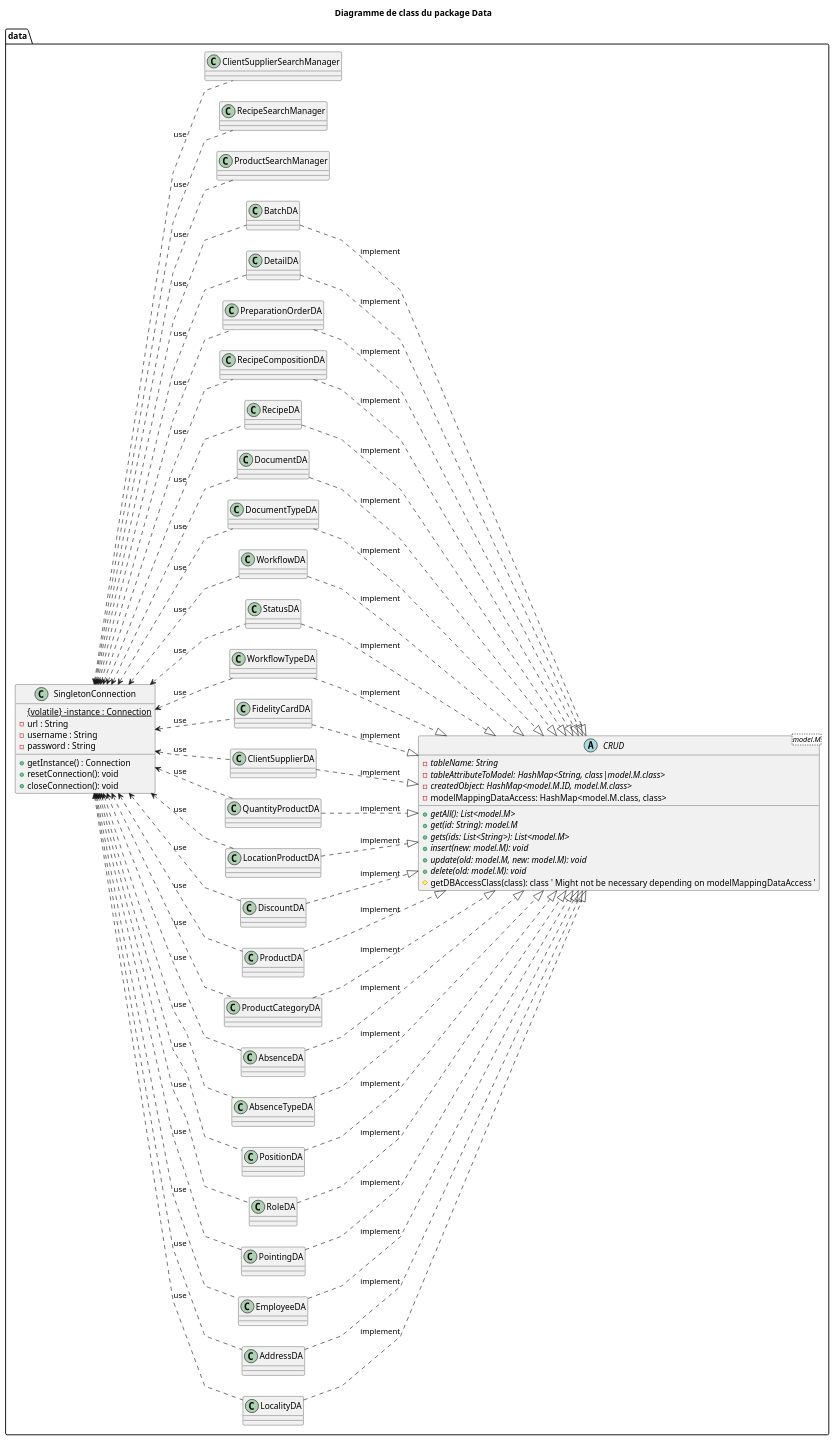
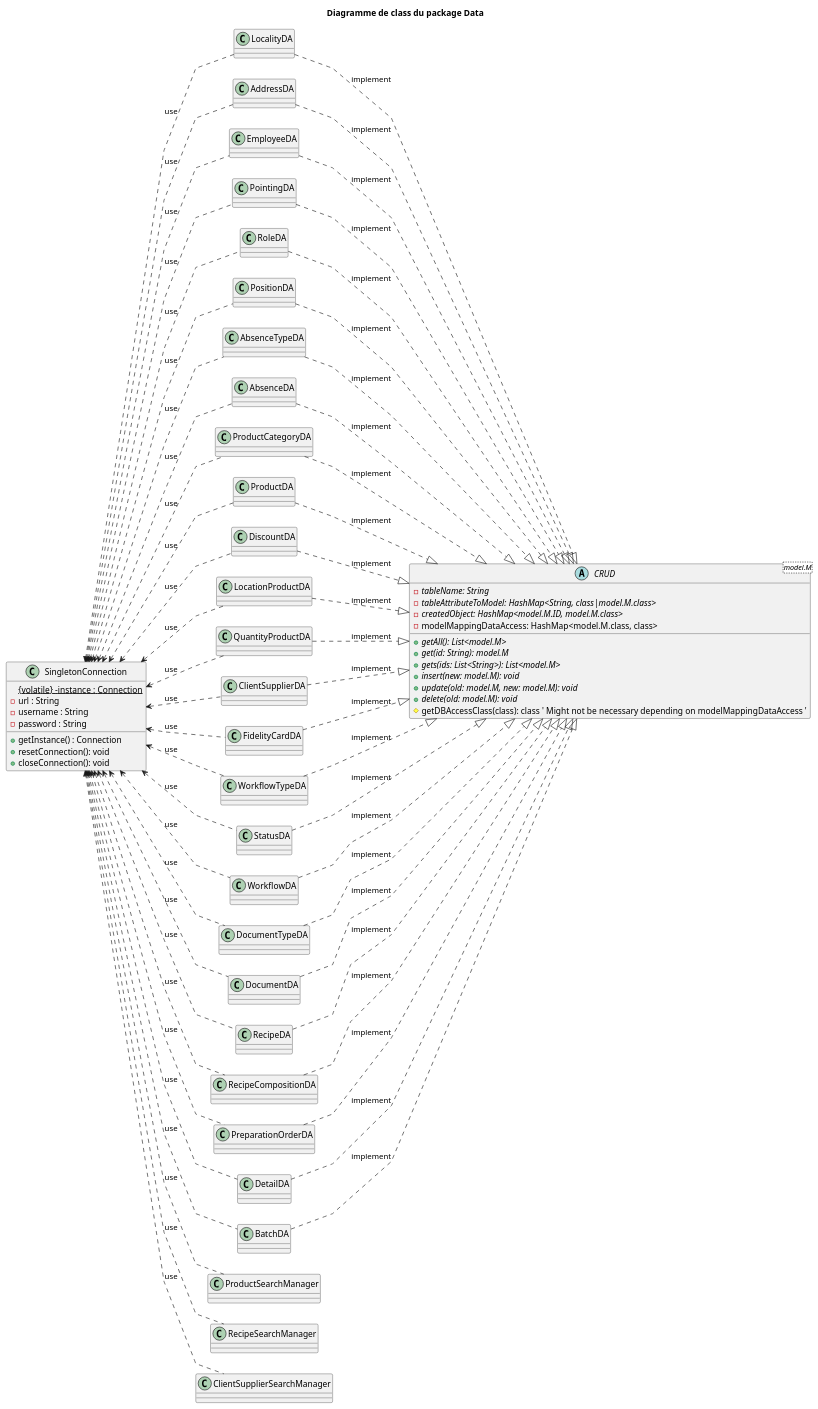
One commit to YannisVanAchter/IG252-java-project changed the diagram in doc/data.class.puml. Above: the diagram before and after it, drawn with PlantUML. The commit also changed 12 other files, not shown here.

```diff
--- a/doc/data.class.puml
+++ b/doc/data.class.puml
@@ -1,168 +1,167 @@
 @startuml "data class diagram"
 
 title "Diagramme de class du package Data"
 
 left to right direction
 skinparam linetype ortho
 skinparam linetype polyline
 
 ' TODO: finish diagram before implementing this layer (deadline: may 15th 2026)
-package data {
 
-    class SingletonConnection {
-        {static} {volatile} -instance : Connection
-        -url : String
-        -username : String
-        -password : String
-        +getInstance() : Connection
-        +resetConnection(): void
-        +closeConnection(): void
-    }
-
-    abstract class CRUD<model.M> {
-        {abstract} - tableName: String
-        {abstract} - tableAttributeToModel: HashMap<String, class|model.M.class>
-        {abstract} - createdObject: HashMap<model.M.ID, model.M.class>
-        - modelMappingDataAccess: HashMap<model.M.class, class> 
-
-        {abstract} +getAll(): List<model.M>
-        {abstract} +get(id: String): model.M
-        {abstract} +gets(ids: List<String>): List<model.M>
-        {abstract} +insert(new: model.M): void
-        {abstract} +update(old: model.M, new: model.M): void
-        {abstract} +delete(old: model.M): void
-        #getDBAccessClass(class): class ' Might not be necessary depending on modelMappingDataAccess '
-    }
-
-    class LocalityDA {
-    }
-
-    class AddressDA {
-    }
-
-    class EmployeeDA {
-    }
-
-    class PointingDA {
-    }
-
-    class RoleDA {
-    }
-
-    class PositionDA {
-    }
-
-    class AbsenceTypeDA {
-    }
-
-    class AbsenceDA {
-    }
-
-    class ProductCategoryDA {
-    }
-
-    class ProductDA {
-    }
-
-    class DiscountDA {
-    }
-
-    class LocationProductDA {
-    }
-
-    class QuantityProductDA {
-    }
-
-    class ClientSupplierDA {
-    }
-
-    class FidelityCardDA {
-    }
-
-    class WorkflowTypeDA {
-    }
-
-    class StatusDA {
-    }
-
-    class WorkflowDA {
-    }
-
-    class DocumentTypeDA {
-    }
-
-    class DocumentDA {
-    }
-
-    class RecipeDA {
-    }
-
-    class RecipeCompositionDA {
-    }
-
-    class PreparationOrderDA {
-    }
-
-    class DetailDA {
-    }
-
-    class BatchDA {
-    }
-
-    SingletonConnection <.. LocalityDA: use 
-    SingletonConnection <.. AddressDA: use 
-    SingletonConnection <.. EmployeeDA: use 
-    SingletonConnection <.. PointingDA: use 
-    SingletonConnection <.. RoleDA: use 
-    SingletonConnection <.. PositionDA: use 
-    SingletonConnection <.. AbsenceTypeDA: use 
-    SingletonConnection <.. AbsenceDA: use 
-    SingletonConnection <.. ProductCategoryDA: use 
-    SingletonConnection <.. ProductDA: use 
-    SingletonConnection <.. DiscountDA: use 
-    SingletonConnection <.. LocationProductDA: use 
-    SingletonConnection <.. QuantityProductDA: use 
-    SingletonConnection <.. ClientSupplierDA: use 
-    SingletonConnection <.. FidelityCardDA: use 
-    SingletonConnection <.. WorkflowTypeDA: use 
-    SingletonConnection <.. StatusDA: use 
-    SingletonConnection <.. WorkflowDA: use 
-    SingletonConnection <.. DocumentTypeDA: use 
-    SingletonConnection <.. DocumentDA: use 
-    SingletonConnection <.. RecipeDA: use 
-    SingletonConnection <.. RecipeCompositionDA: use 
-    SingletonConnection <.. PreparationOrderDA: use 
-    SingletonConnection <.. DetailDA: use 
-    SingletonConnection <.. BatchDA: use 
-    SingletonConnection <.. ProductSearchManager: use 
-    SingletonConnection <.. RecipeSearchManager: use 
-    SingletonConnection <.. ClientSupplierSearchManager: use
-
-    LocalityDA ..|> CRUD: implement
-    AddressDA ..|> CRUD: implement
-    EmployeeDA ..|> CRUD: implement
-    PointingDA ..|> CRUD: implement
-    RoleDA ..|> CRUD: implement
-    PositionDA ..|> CRUD: implement
-    AbsenceTypeDA ..|> CRUD: implement
-    AbsenceDA ..|> CRUD: implement
-    ProductCategoryDA ..|> CRUD: implement
-    ProductDA ..|> CRUD: implement
-    DiscountDA ..|> CRUD: implement
-    LocationProductDA ..|> CRUD: implement
-    QuantityProductDA ..|> CRUD: implement
-    ClientSupplierDA ..|> CRUD: implement
-    FidelityCardDA ..|> CRUD: implement
-    WorkflowTypeDA ..|> CRUD: implement
-    StatusDA ..|> CRUD: implement
-    WorkflowDA ..|> CRUD: implement
-    DocumentTypeDA ..|> CRUD: implement
-    DocumentDA ..|> CRUD: implement
-    RecipeDA ..|> CRUD: implement
-    RecipeCompositionDA ..|> CRUD: implement
-    PreparationOrderDA ..|> CRUD: implement
-    DetailDA ..|> CRUD: implement
-    BatchDA ..|> CRUD: implement
+class SingletonConnection {
+    {static} {volatile} -instance : Connection
+    -url : String
+    -username : String
+    -password : String
+    +getInstance() : Connection
+    +resetConnection(): void
+    +closeConnection(): void
 }
 
+abstract class CRUD<model.M> {
+    {abstract} - tableName: String
+    {abstract} - tableAttributeToModel: HashMap<String, class|model.M.class>
+    {abstract} - createdObject: HashMap<model.M.ID, model.M.class>
+    - modelMappingDataAccess: HashMap<model.M.class, class> 
+
+    {abstract} +getAll(): List<model.M>
+    {abstract} +get(id: String): model.M
+    {abstract} +gets(ids: List<String>): List<model.M>
+    {abstract} +insert(new: model.M): void
+    {abstract} +update(old: model.M, new: model.M): void
+    {abstract} +delete(old: model.M): void
+    #getDBAccessClass(class): class ' Might not be necessary depending on modelMappingDataAccess '
+}
+
+class LocalityDA {
+}
+
+class AddressDA {
+}
+
+class EmployeeDA {
+}
+
+class PointingDA {
+}
+
+class RoleDA {
+}
+
+class PositionDA {
+}
+
+class AbsenceTypeDA {
+}
+
+class AbsenceDA {
+}
+
+class ProductCategoryDA {
+}
+
+class ProductDA {
+}
+
+class DiscountDA {
+}
+
+class LocationProductDA {
+}
+
+class QuantityProductDA {
+}
+
+class ClientSupplierDA {
+}
+
+class FidelityCardDA {
+}
+
+class WorkflowTypeDA {
+}
+
+class StatusDA {
+}
+
+class WorkflowDA {
+}
+
+class DocumentTypeDA {
+}
+
+class DocumentDA {
+}
+
+class RecipeDA {
+}
+
+class RecipeCompositionDA {
+}
+
+class PreparationOrderDA {
+}
+
+class DetailDA {
+}
+
+class BatchDA {
+}
+
+SingletonConnection <.. LocalityDA: use 
+SingletonConnection <.. AddressDA: use 
+SingletonConnection <.. EmployeeDA: use 
+SingletonConnection <.. PointingDA: use 
+SingletonConnection <.. RoleDA: use 
+SingletonConnection <.. PositionDA: use 
+SingletonConnection <.. AbsenceTypeDA: use 
+SingletonConnection <.. AbsenceDA: use 
+SingletonConnection <.. ProductCategoryDA: use 
+SingletonConnection <.. ProductDA: use 
+SingletonConnection <.. DiscountDA: use 
+SingletonConnection <.. LocationProductDA: use 
+SingletonConnection <.. QuantityProductDA: use 
+SingletonConnection <.. ClientSupplierDA: use 
+SingletonConnection <.. FidelityCardDA: use 
+SingletonConnection <.. WorkflowTypeDA: use 
+SingletonConnection <.. StatusDA: use 
+SingletonConnection <.. WorkflowDA: use 
+SingletonConnection <.. DocumentTypeDA: use 
+SingletonConnection <.. DocumentDA: use 
+SingletonConnection <.. RecipeDA: use 
+SingletonConnection <.. RecipeCompositionDA: use 
+SingletonConnection <.. PreparationOrderDA: use 
+SingletonConnection <.. DetailDA: use 
+SingletonConnection <.. BatchDA: use 
+SingletonConnection <.. ProductSearchManager: use 
+SingletonConnection <.. RecipeSearchManager: use 
+SingletonConnection <.. ClientSupplierSearchManager: use
+
+LocalityDA ..|> CRUD: implement
+AddressDA ..|> CRUD: implement
+EmployeeDA ..|> CRUD: implement
+PointingDA ..|> CRUD: implement
+RoleDA ..|> CRUD: implement
+PositionDA ..|> CRUD: implement
+AbsenceTypeDA ..|> CRUD: implement
+AbsenceDA ..|> CRUD: implement
+ProductCategoryDA ..|> CRUD: implement
+ProductDA ..|> CRUD: implement
+DiscountDA ..|> CRUD: implement
+LocationProductDA ..|> CRUD: implement
+QuantityProductDA ..|> CRUD: implement
+ClientSupplierDA ..|> CRUD: implement
+FidelityCardDA ..|> CRUD: implement
+WorkflowTypeDA ..|> CRUD: implement
+StatusDA ..|> CRUD: implement
+WorkflowDA ..|> CRUD: implement
+DocumentTypeDA ..|> CRUD: implement
+DocumentDA ..|> CRUD: implement
+RecipeDA ..|> CRUD: implement
+RecipeCompositionDA ..|> CRUD: implement
+PreparationOrderDA ..|> CRUD: implement
+DetailDA ..|> CRUD: implement
+BatchDA ..|> CRUD: implement
+
+
 @enduml
```
